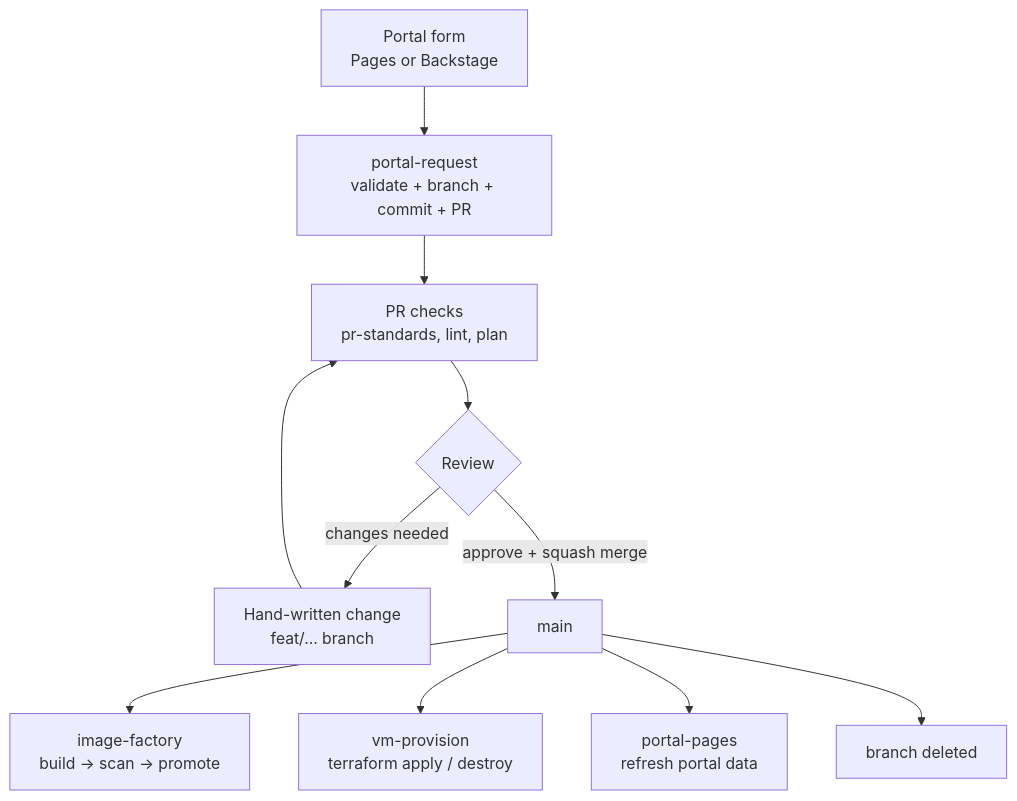
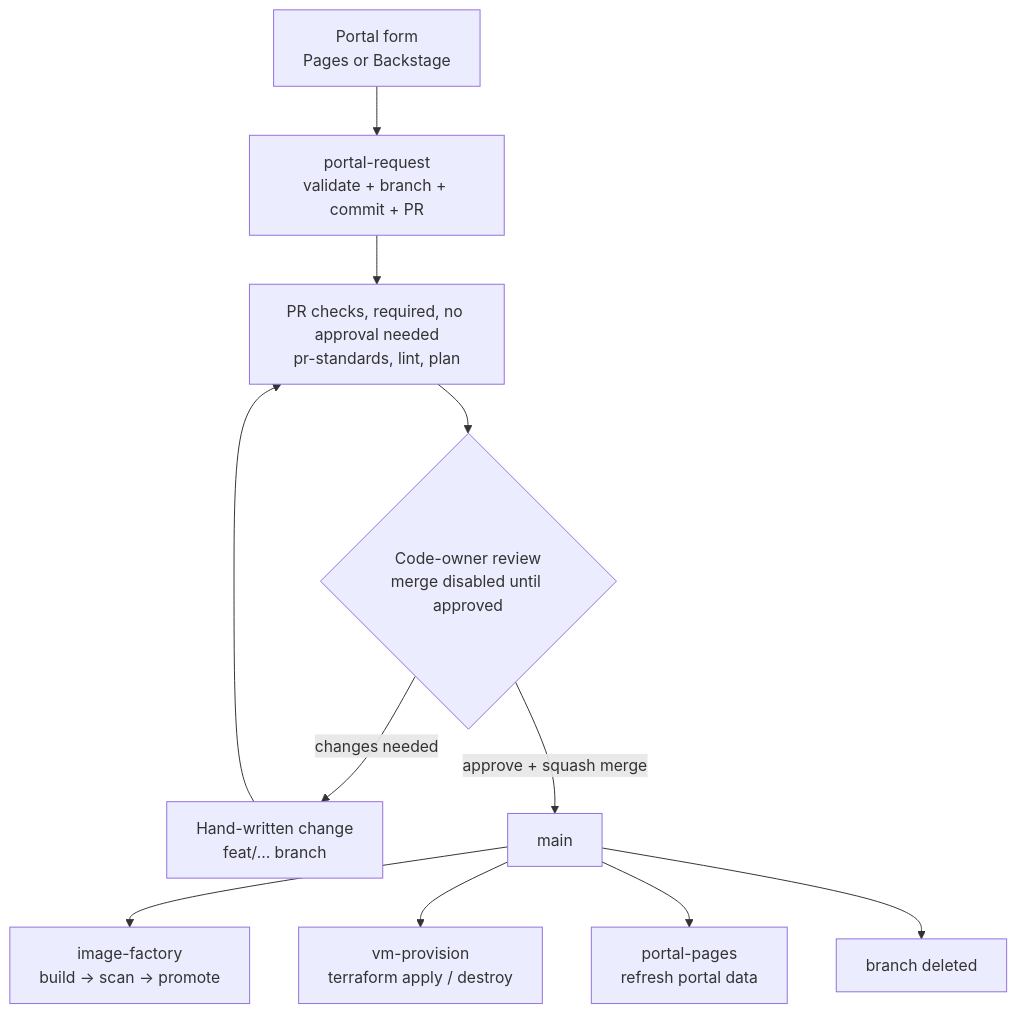
The first of 6 diagrams in docs/workflow.md (cloudwithritesh/image-factory), drawn with Mermaid before and after one commit. The commit also changed other lines of this file and 78 other files, not shown here.

````diff
--- a/docs/workflow.md
+++ b/docs/workflow.md
@@ -11,13 +11,13 @@
 ```mermaid
 flowchart TD
   A[Portal form<br/>Pages or Backstage] --> B[portal-request<br/>validate + branch + commit + PR]
   H[Hand-written change<br/>feat/… branch] --> C
-  B --> C[PR checks<br/>pr-standards, lint, plan]
-  C --> D{Review}
+  B --> C[PR checks, required, no approval needed<br/>pr-standards, lint, plan]
+  C --> D{Code-owner review<br/>merge disabled until approved}
   D -- changes needed --> H
   D -- approve + squash merge --> E[main]
   E --> F[image-factory<br/>build → scan → promote]
   E --> G[vm-provision<br/>terraform apply / destroy]
   E --> P[portal-pages<br/>refresh portal data]
   E --> X[branch deleted]
 ```
````
